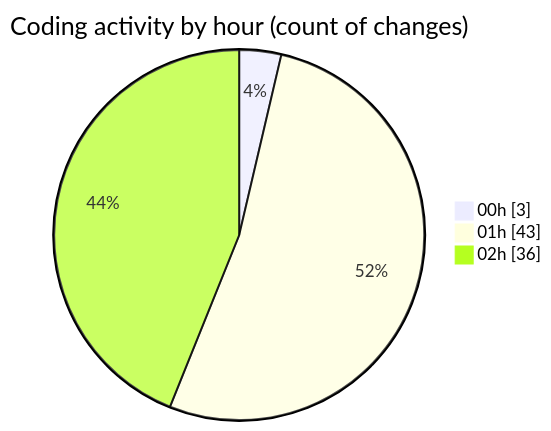
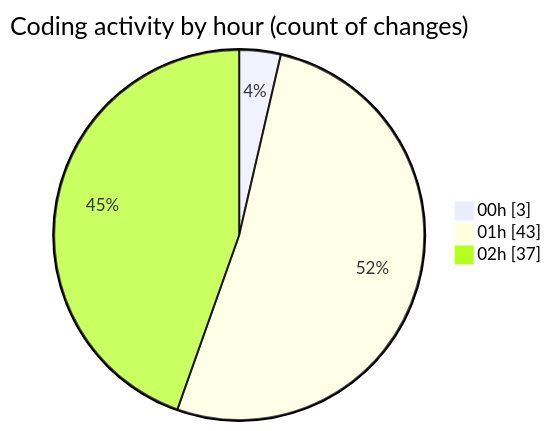
One commit to mevix1/code-tracking changed the second of 2 diagrams in 2025-10-02/oura-api/README.md. Above: the diagram before and after it, drawn with Mermaid. The commit also changed other lines of this file and 1 other file, not shown here.

````diff
--- a/2025-10-02/oura-api/README.md
+++ b/2025-10-02/oura-api/README.md
@@ -91,7 +91,7 @@
 ```mermaid
 pie showData
 title Coding activity by hour (count of changes)
 "00h" : 3
 "01h" : 43
-"02h" : 36
+"02h" : 37
 ```
````
